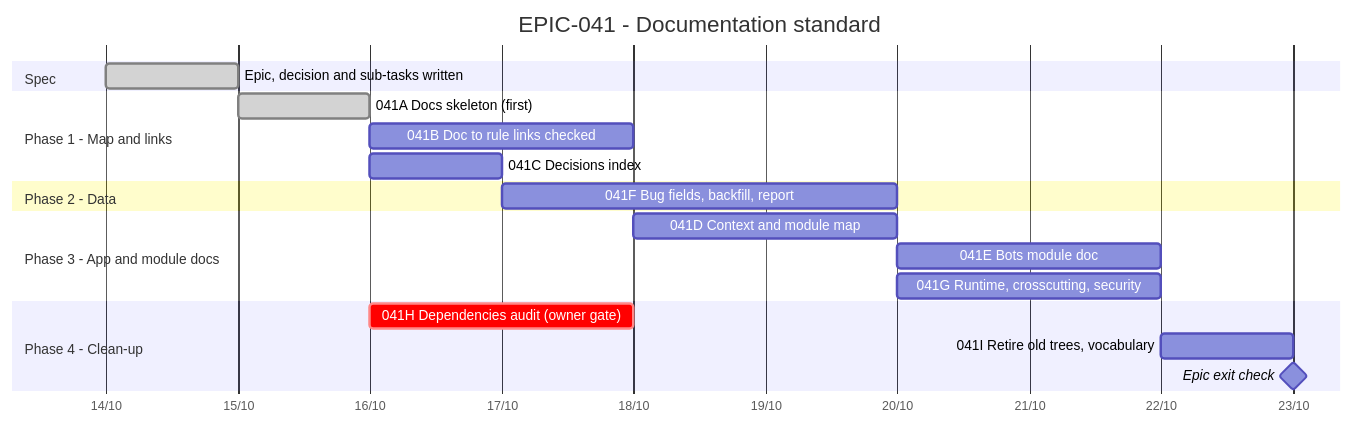
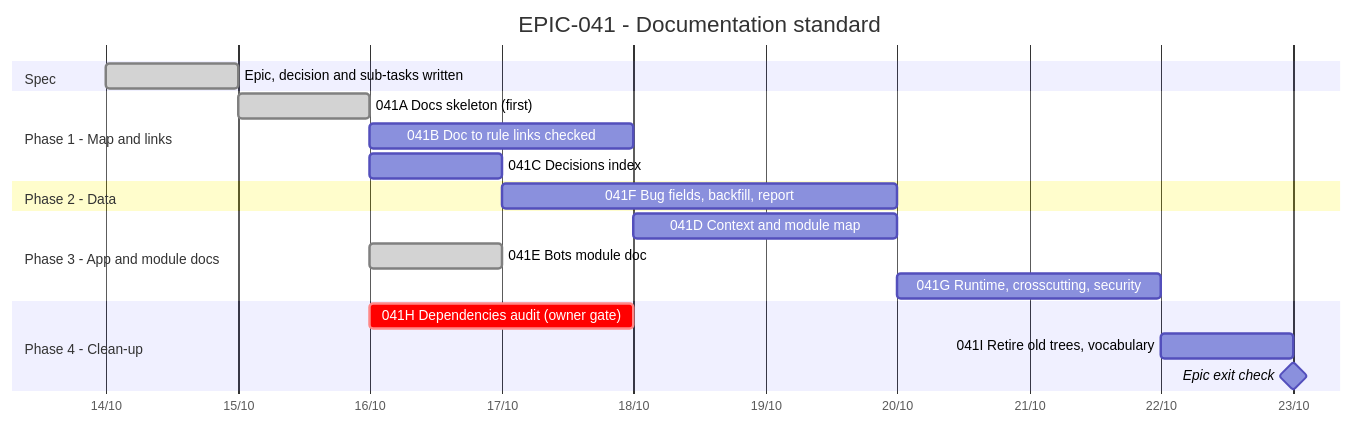
Before and after one commit to anhembedded/Sagittarius_Elite_Warrior: the diagram in Tasks/epics/EPIC-041_documentation_standard/TRACKING.md, drawn with Mermaid. The commit also changed other lines of this file and 34 other files, not shown here.

````diff
--- a/Tasks/epics/EPIC-041_documentation_standard/TRACKING.md
+++ b/Tasks/epics/EPIC-041_documentation_standard/TRACKING.md
@@ -14,27 +14,27 @@
 ```mermaid
 gantt
     title EPIC-041 - Documentation standard
     dateFormat  YYYY-MM-DD
     axisFormat  %d/%m
 
     section Spec
     Epic, decision and sub-tasks written  :done,    s1, 2026-10-14, 1d
 
     section Phase 1 - Map and links
     041A Docs skeleton (first)           :done,    a, after s1, 1d
     041B Doc to rule links checked        :         b, after a, 2d
     041C Decisions index                  :         c, after a, 1d
 
     section Phase 2 - Data
     041F Bug fields, backfill, report     :         f, after c, 3d
 
     section Phase 3 - App and module docs
     041D Context and module map           :         d, after b, 2d
-    041E Bots module doc                  :         e, after d, 2d
+    041E Bots module doc                  :done,    e, 2026-10-16, 1d
     041G Runtime, crosscutting, security  :         g, after d, 2d
 
     section Phase 4 - Clean-up
     041H Dependencies audit (owner gate)  :crit,    h, after a, 2d
     041I Retire old trees, vocabulary     :         i, after e g, 1d
     Epic exit check                       :milestone, m, after i, 0d
 ```
````
